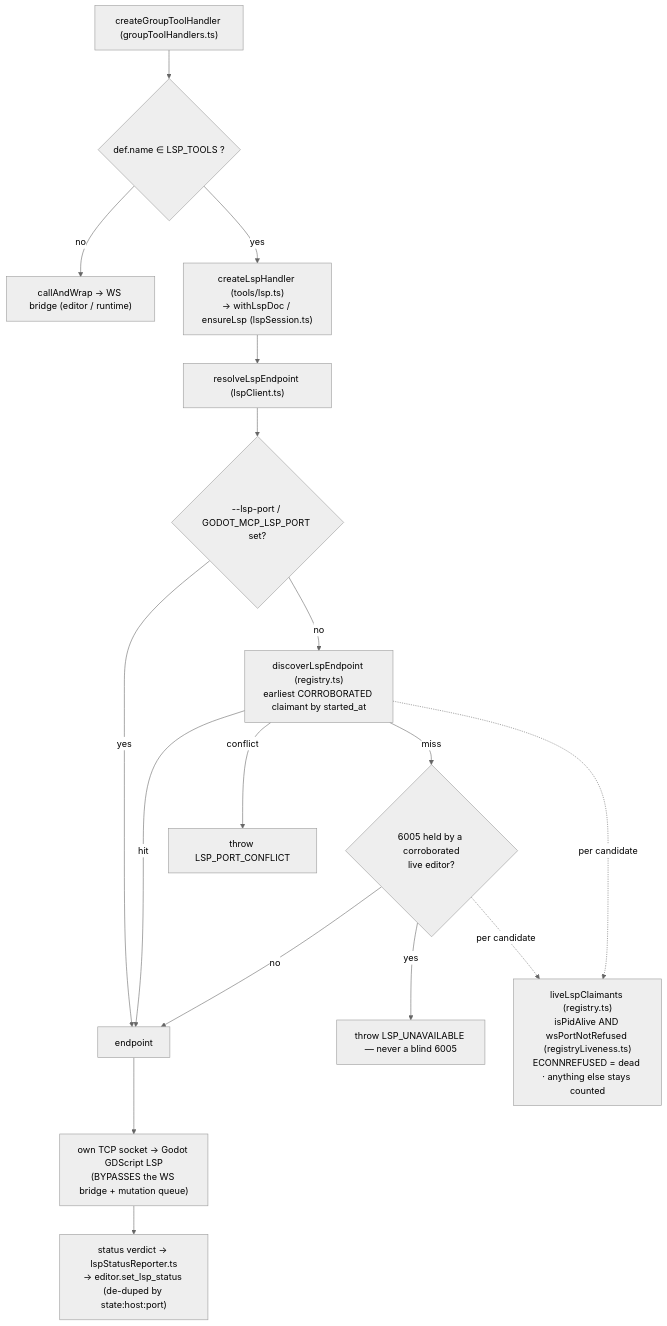
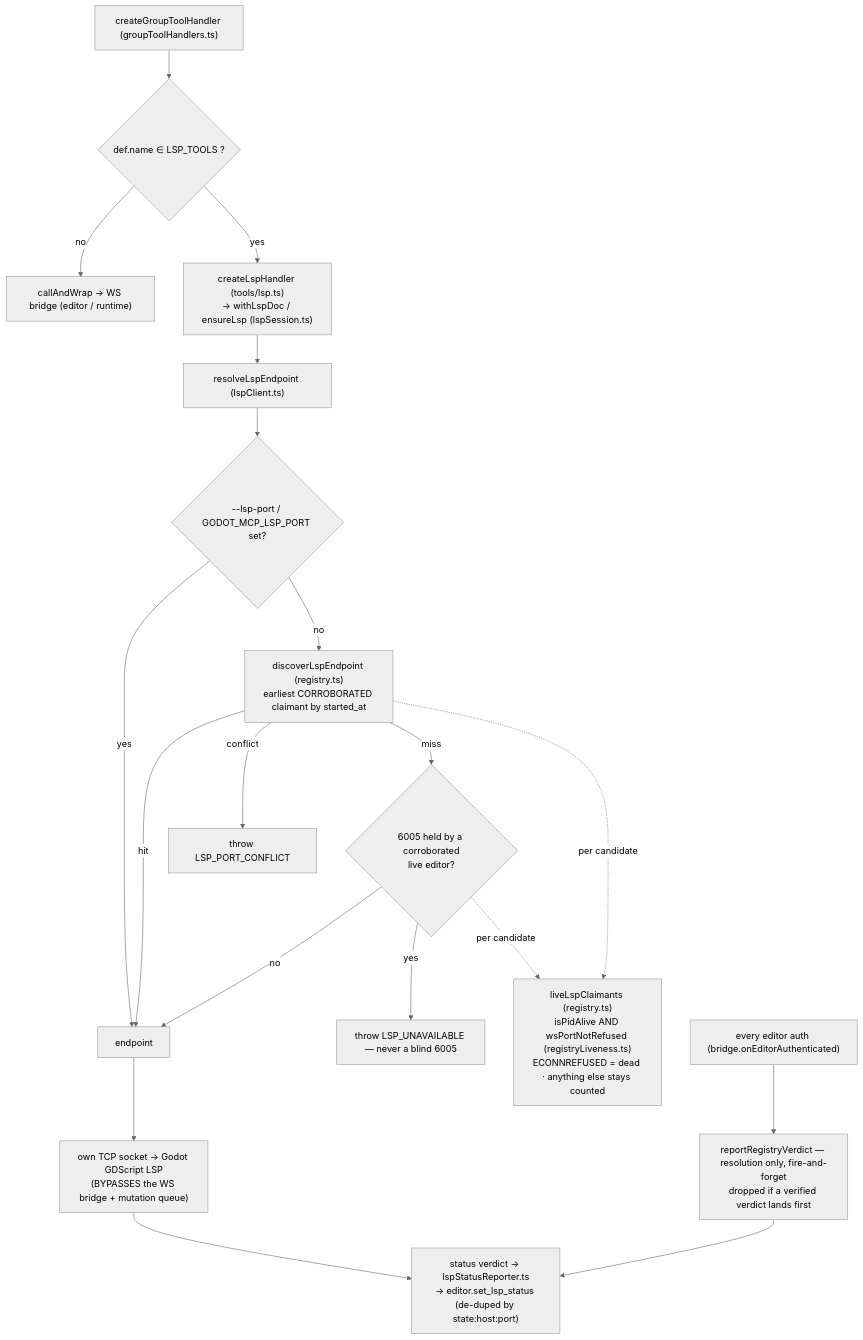
Before and after one commit to NPGameDev/godot-mcp-server: the tenth of 13 diagrams in docs/architecture/README.md, drawn with Mermaid (neutral theme). The commit also changed other lines of this file, not shown here.

First line of the commit message:
docs(arch): re-attest the sections the first-connect push touched

````diff
--- a/docs/architecture/README.md
+++ b/docs/architecture/README.md
@@ -574,19 +582,21 @@
 ```mermaid
 flowchart TD
     dispatch["createGroupToolHandler (groupToolHandlers.ts)"] --> isLsp{"def.name ∈ LSP_TOOLS ?"}
     isLsp -->|"no"| brdg["callAndWrap → WS bridge (editor / runtime)"]
     isLsp -->|"yes"| lspH["createLspHandler (tools/lsp.ts)<br/>→ withLspDoc / ensureLsp (lspSession.ts)"]
     lspH --> resolve["resolveLspEndpoint (lspClient.ts)"]
     resolve --> t1{"--lsp-port / GODOT_MCP_LSP_PORT set?"}
     t1 -->|"yes"| ep["endpoint"]
     t1 -->|"no"| t2["discoverLspEndpoint (registry.ts)<br/>earliest CORROBORATED claimant by started_at"]
     t2 -->|"hit"| ep
     t2 -->|"conflict"| confl["throw LSP_PORT_CONFLICT"]
     t2 -->|"miss"| t3{"6005 held by a corroborated<br/>live editor?"}
     t3 -->|"no"| ep
     t3 -->|"yes"| unavail["throw LSP_UNAVAILABLE — never a blind 6005"]
     t2 -.->|"per candidate"| corrob["liveLspClaimants (registry.ts)<br/>isPidAlive AND wsPortNotRefused (registryLiveness.ts)<br/>ECONNREFUSED = dead · anything else stays counted"]
     t3 -.->|"per candidate"| corrob
     ep --> tcp["own TCP socket → Godot GDScript LSP<br/>(BYPASSES the WS bridge + mutation queue)"]
     tcp --> verdict["status verdict → lspStatusReporter.ts<br/>→ editor.set_lsp_status (de-duped by state:host:port)"]
+    auth["every editor auth (bridge.onEditorAuthenticated)"] --> regv["reportRegistryVerdict — resolution only, fire-and-forget<br/>dropped if a verified verdict lands first"]
+    regv --> verdict
 ```
````
